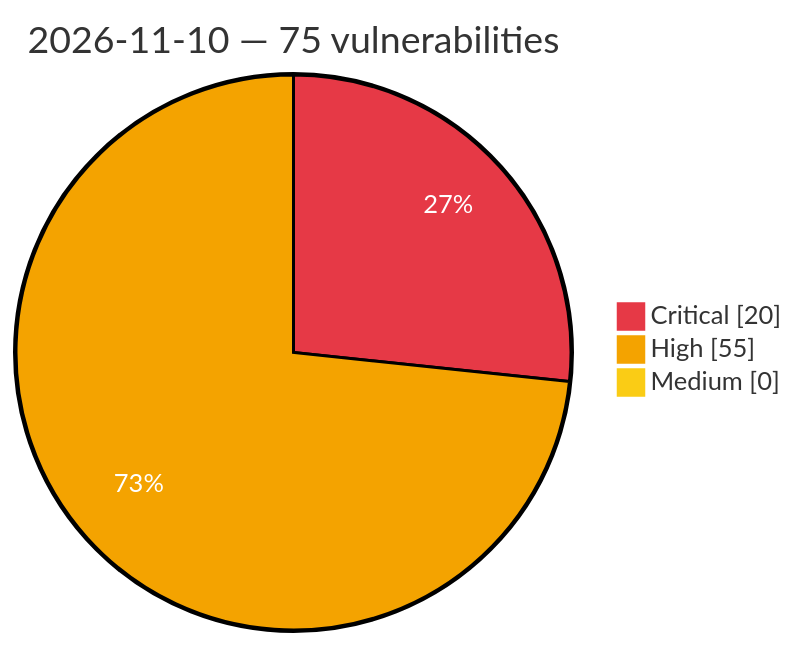
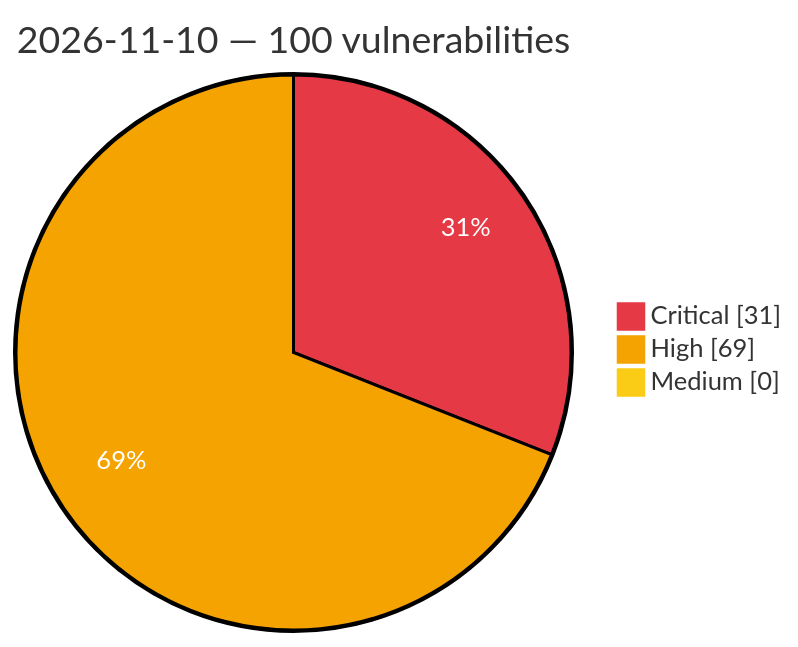
The diagram in vulnerabilities/2026/November/2026-11-10.md (GhostX0X/vuln-tracker), drawn with Mermaid before and after one commit. The commit also changed other lines of this file and 5 other files, not shown here.

Commit message:
Auto update: critical/high vulns (2026-11-10 23:19 UTC)

````diff
--- a/vulnerabilities/2026/November/2026-11-10.md
+++ b/vulnerabilities/2026/November/2026-11-10.md
@@ -3,8 +3,8 @@
 ```mermaid
 %%{init: {'theme':'base', 'themeVariables': {'pie1':'#e63946', 'pie2':'#f4a300', 'pie3':'#facc15', 'pieOpacity':'1', 'pieOuterStrokeWidth':'2px', 'pieSectionTextColor':'#ffffff'}}}%%
 pie showData
-    title 2026-11-10 — 75 vulnerabilities
-    "Critical" : 20
-    "High" : 55
+    title 2026-11-10 — 100 vulnerabilities
+    "Critical" : 31
+    "High" : 69
     "Medium" : 0
 ```
````
